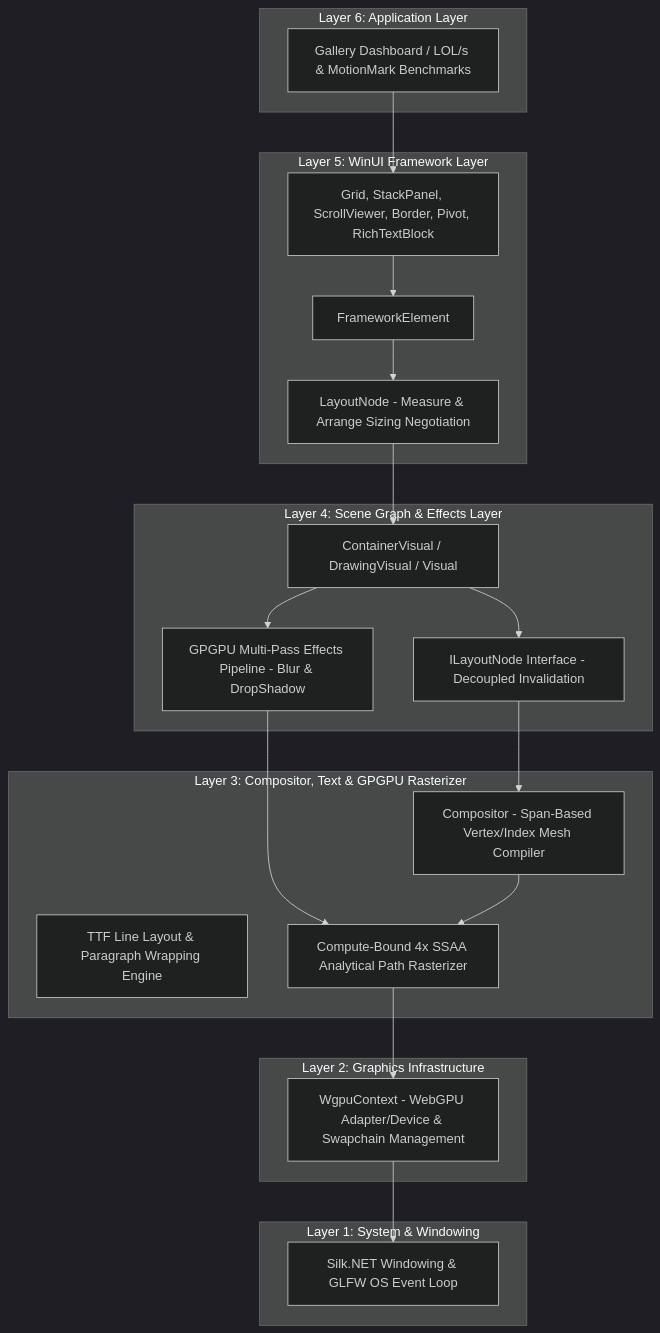
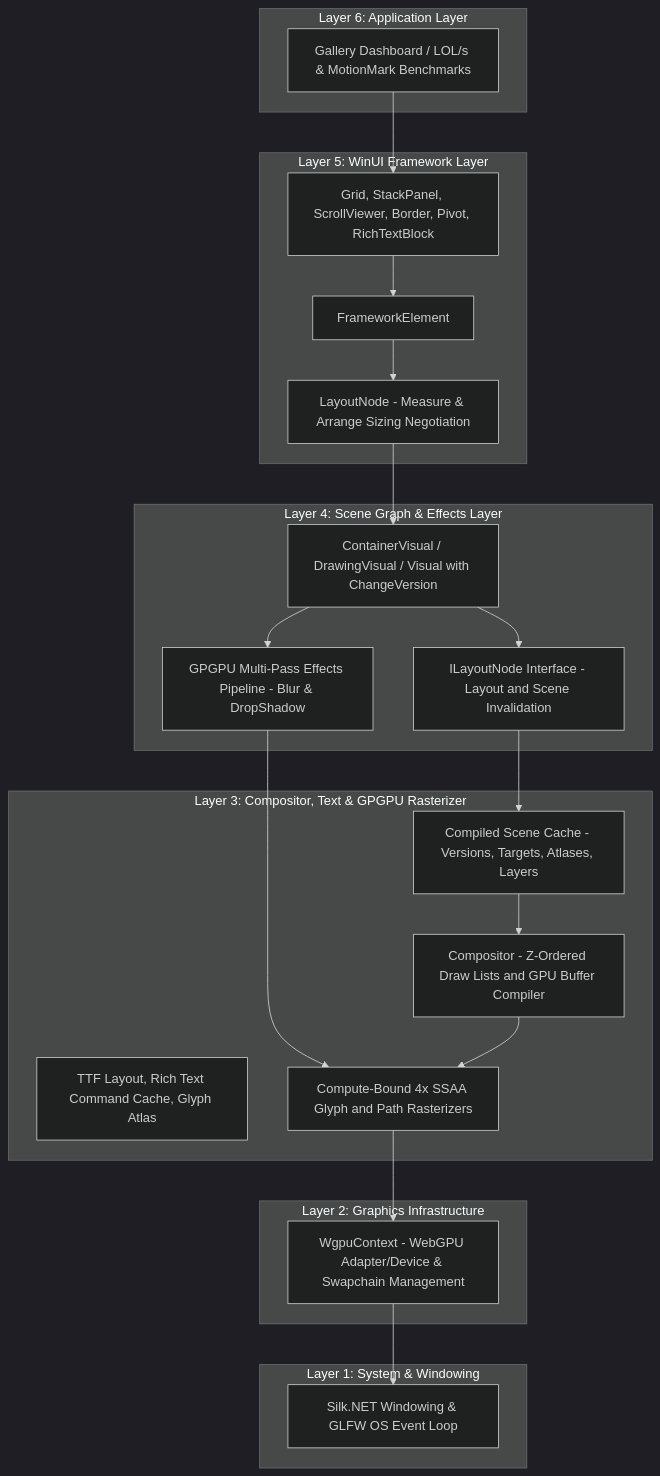
One commit to wieslawsoltes/ProGPU changed the first of 13 diagrams in README.md. Above: the diagram before and after it, drawn with Mermaid (dark theme). The commit also changed other lines of this file and 1 other file, not shown here.

Commit message:
Document rendering performance architecture

````diff
--- a/README.md
+++ b/README.md
@@ -108,44 +108,46 @@
 ```mermaid
 graph TD
     subgraph L6 ["Layer 6: Application Layer"]
         App["Gallery Dashboard / LOL/s & MotionMark Benchmarks"]
     end
 
     subgraph L5 ["Layer 5: WinUI Framework Layer"]
         Controls["Grid, StackPanel, ScrollViewer, Border, Pivot, RichTextBlock"]
         FE["FrameworkElement"]
         LN["LayoutNode - Measure & Arrange Sizing Negotiation"]
     end
 
     subgraph L4 ["Layer 4: Scene Graph & Effects Layer"]
-        CV["ContainerVisual / DrawingVisual / Visual"]
-        ILN["ILayoutNode Interface - Decoupled Invalidation"]
+        CV["ContainerVisual / DrawingVisual / Visual with ChangeVersion"]
+        ILN["ILayoutNode Interface - Layout and Scene Invalidation"]
         FX["GPGPU Multi-Pass Effects Pipeline - Blur & DropShadow"]
     end
 
     subgraph L3 ["Layer 3: Compositor, Text & GPGPU Rasterizer"]
-        Comp["Compositor - Span-Based Vertex/Index Mesh Compiler"]
-        Text["TTF Line Layout & Paragraph Wrapping Engine"]
-        Rast["Compute-Bound 4x SSAA Analytical Path Rasterizer"]
+        Cache["Compiled Scene Cache - Versions, Targets, Atlases, Layers"]
+        Comp["Compositor - Z-Ordered Draw Lists and GPU Buffer Compiler"]
+        Text["TTF Layout, Rich Text Command Cache, Glyph Atlas"]
+        Rast["Compute-Bound 4x SSAA Glyph and Path Rasterizers"]
     end
 
     subgraph L2 ["Layer 2: Graphics Infrastructure"]
         Wgpu["WgpuContext - WebGPU Adapter/Device & Swapchain Management"]
     end
 
     subgraph L1 ["Layer 1: System & Windowing"]
         Silk["Silk.NET Windowing & GLFW OS Event Loop"]
     end
 
     App --> Controls
     Controls --> FE
     FE --> LN
     LN --> CV
     CV --> ILN
     CV --> FX
-    ILN --> Comp
+    ILN --> Cache
+    Cache --> Comp
     FX --> Rast
     Comp --> Rast
     Rast --> Wgpu
     Wgpu --> Silk
 ```
````
